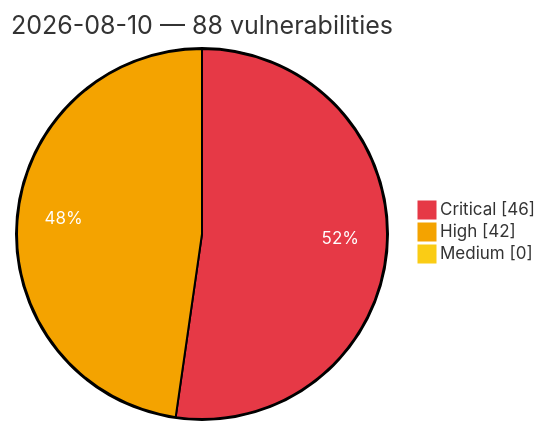
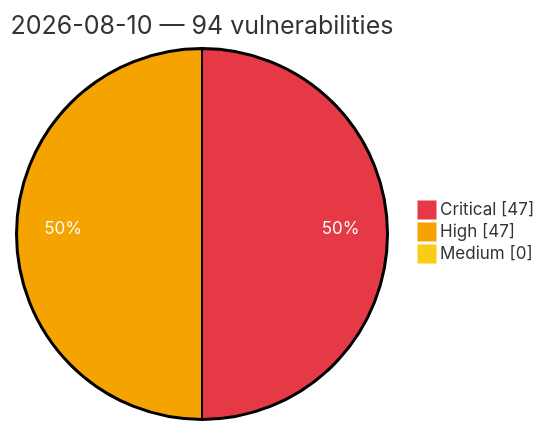
One commit to GhostX0X/vuln-tracker changed the diagram in vulnerabilities/2026/August/2026-08-10.md. Above: the diagram before and after it, drawn with Mermaid. The commit also changed other lines of this file and 8 other files, not shown here.

Commit message:
Auto update: critical/high vulns (2026-08-11 02:27 UTC)

````diff
--- a/vulnerabilities/2026/August/2026-08-10.md
+++ b/vulnerabilities/2026/August/2026-08-10.md
@@ -3,8 +3,8 @@
 ```mermaid
 %%{init: {'theme':'base', 'themeVariables': {'pie1':'#e63946', 'pie2':'#f4a300', 'pie3':'#facc15', 'pieOpacity':'1', 'pieOuterStrokeWidth':'2px', 'pieSectionTextColor':'#ffffff'}}}%%
 pie showData
-    title 2026-08-10 — 88 vulnerabilities
-    "Critical" : 46
-    "High" : 42
+    title 2026-08-10 — 94 vulnerabilities
+    "Critical" : 47
+    "High" : 47
     "Medium" : 0
 ```
````
